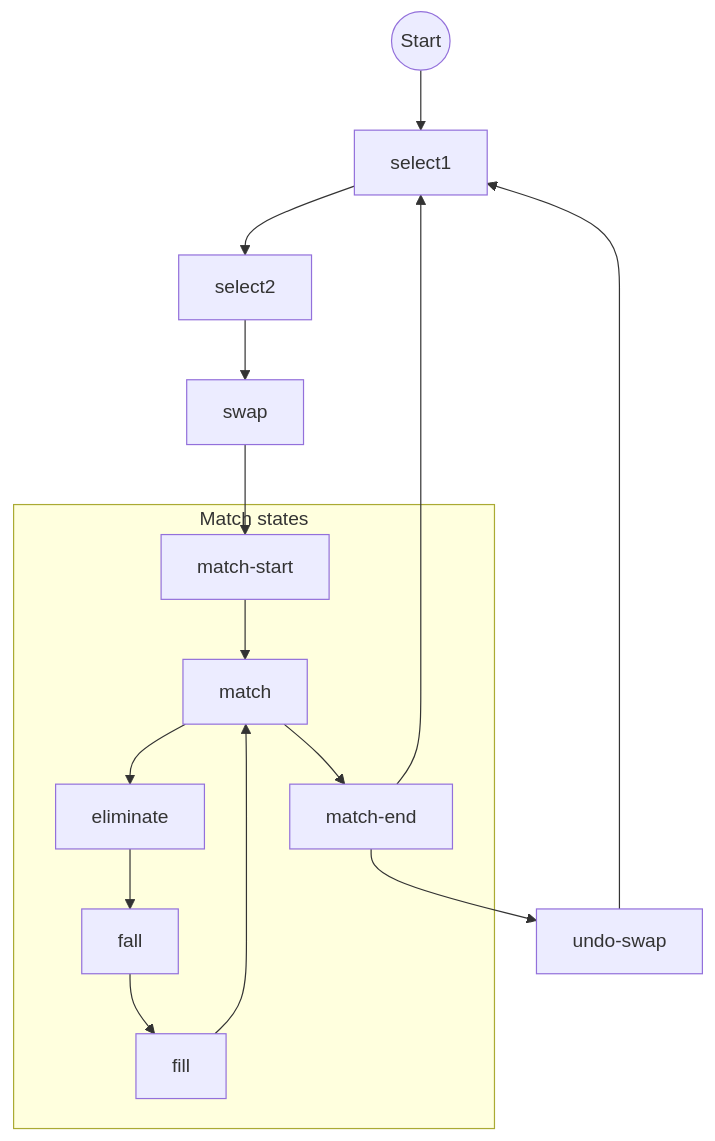
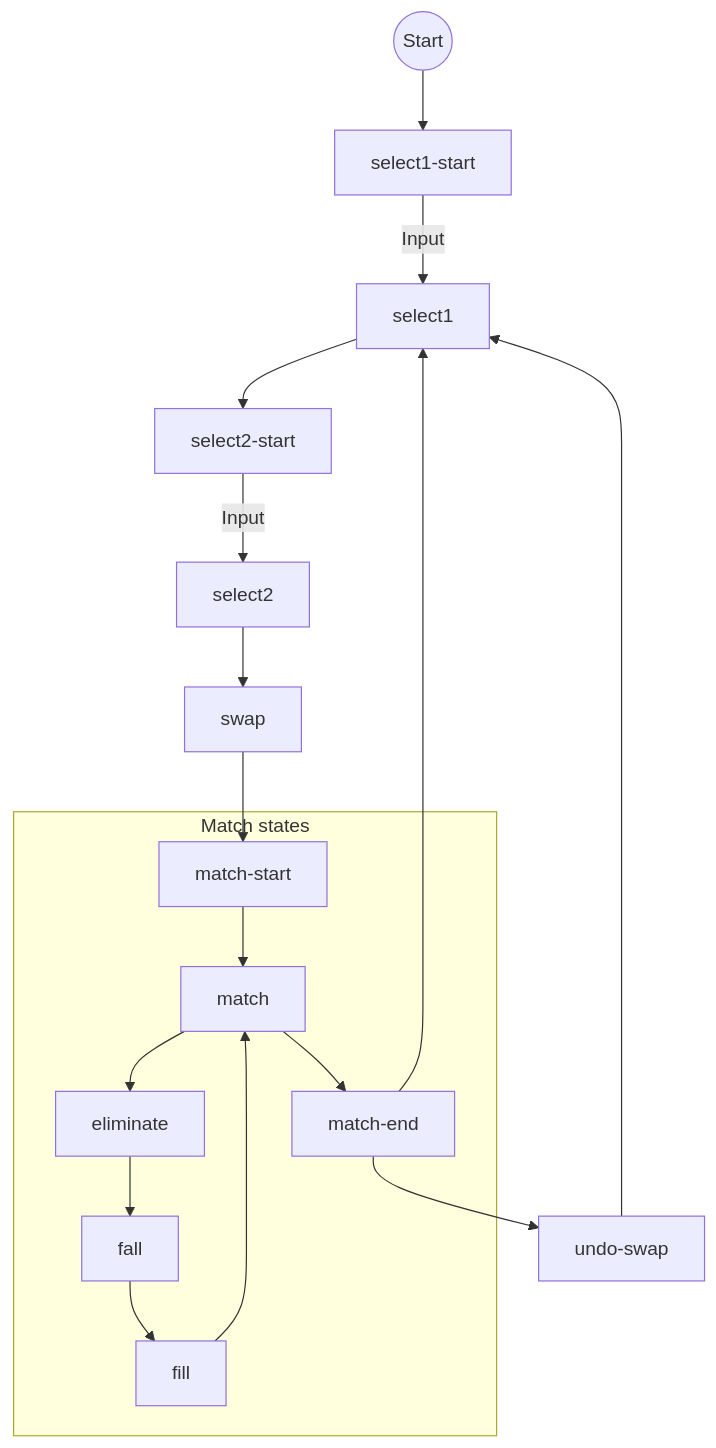
The diagram in docs/docs/board-bejeweled.md (rexrainbow/phaser3-rex-notes), drawn with Mermaid before and after one commit. The commit also changed other lines of this file and 19 other files, not shown here.

````diff
--- a/docs/docs/board-bejeweled.md
+++ b/docs/docs/board-bejeweled.md
@@ -195,21 +192,23 @@
 ```mermaid
 graph TD
 
-Start((Start)) --> Select1[select1]
-Select1 --> select2[select2]
+Start((Start)) --> Select1Start[select1-start]
+Select1Start --> |Input| Select1[select1]
+Select1 --> select2Start[select2-start]
+select2Start --> |Input| select2[select2]
 select2 --> Swap[swap]
 Swap --> MatchStart[match-start]
 
 subgraph Match states
   MatchStart --> Match[match]
   Match --> Eliminate[eliminate]
   Match --> MatchEnd[match-end]
   Eliminate --> Fall[fall]
   Fall --> Fill[fill]
   Fill --> Match
 end
 
 MatchEnd --> UndoSwap[undo-swap]
 UndoSwap --> Select1
 MatchEnd --> Select1
 ```
````
